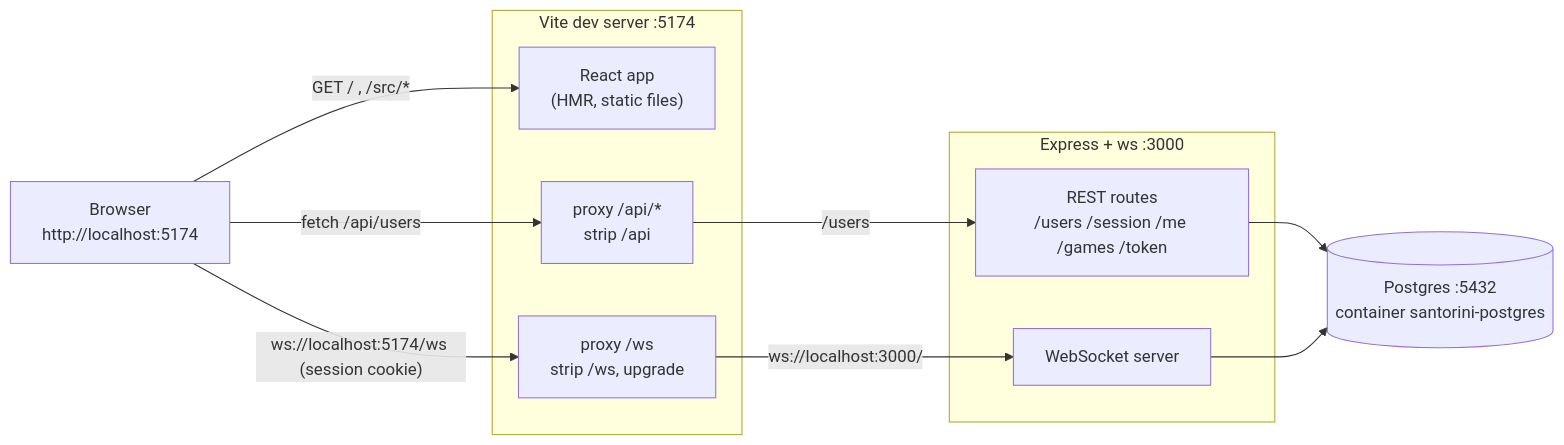
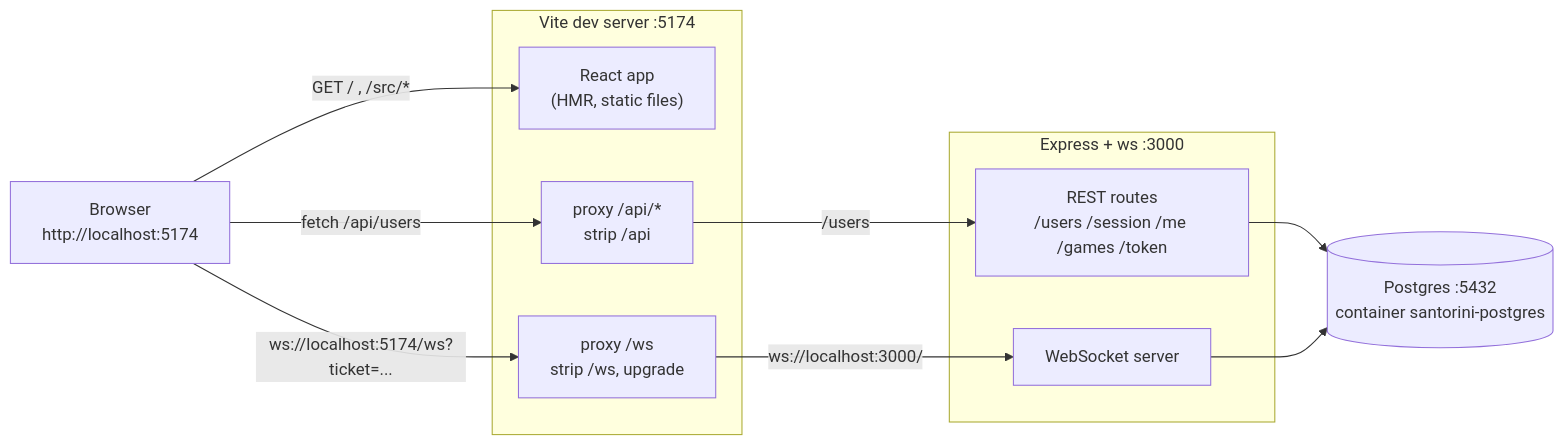
Before and after one commit to neves-nvs/santorini: the first of 2 diagrams in docs/dev-networking.md, drawn with Mermaid. The commit also changed other lines of this file and 11 other files, not shown here.

Commit message:
feat: authenticate the browser WebSocket with a one-time ticket instead of the cookie

````diff
--- a/docs/dev-networking.md
+++ b/docs/dev-networking.md
@@ -5,25 +5,25 @@
 ```mermaid
 flowchart LR
     Browser["Browser<br/>http://localhost:5174"]
 
     subgraph Vite["Vite dev server :5174"]
         Static["React app<br/>(HMR, static files)"]
         ApiProxy["proxy /api/*<br/>strip /api"]
         WsProxy["proxy /ws<br/>strip /ws, upgrade"]
     end
 
     subgraph Server["Express + ws :3000"]
         Rest["REST routes<br/>/users /session /me /games /token"]
         Ws["WebSocket server"]
     end
 
     DB[("Postgres :5432<br/>container santorini-postgres")]
 
     Browser -- "GET / , /src/*" --> Static
     Browser -- "fetch /api/users" --> ApiProxy
-    Browser -- "ws://localhost:5174/ws (session cookie)" --> WsProxy
+    Browser -- "ws://localhost:5174/ws?ticket=..." --> WsProxy
     ApiProxy -- "/users" --> Rest
     WsProxy -- "ws://localhost:3000/" --> Ws
     Rest --> DB
     Ws --> DB
 ```
````
